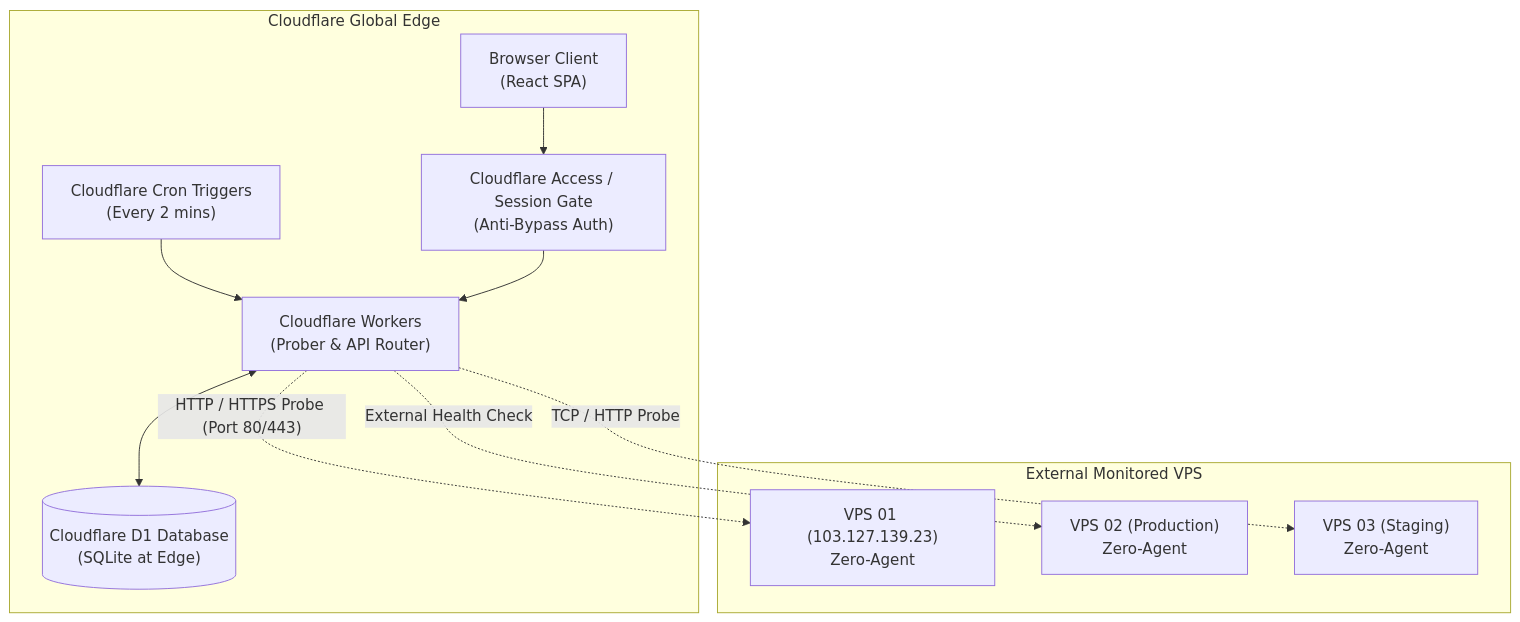
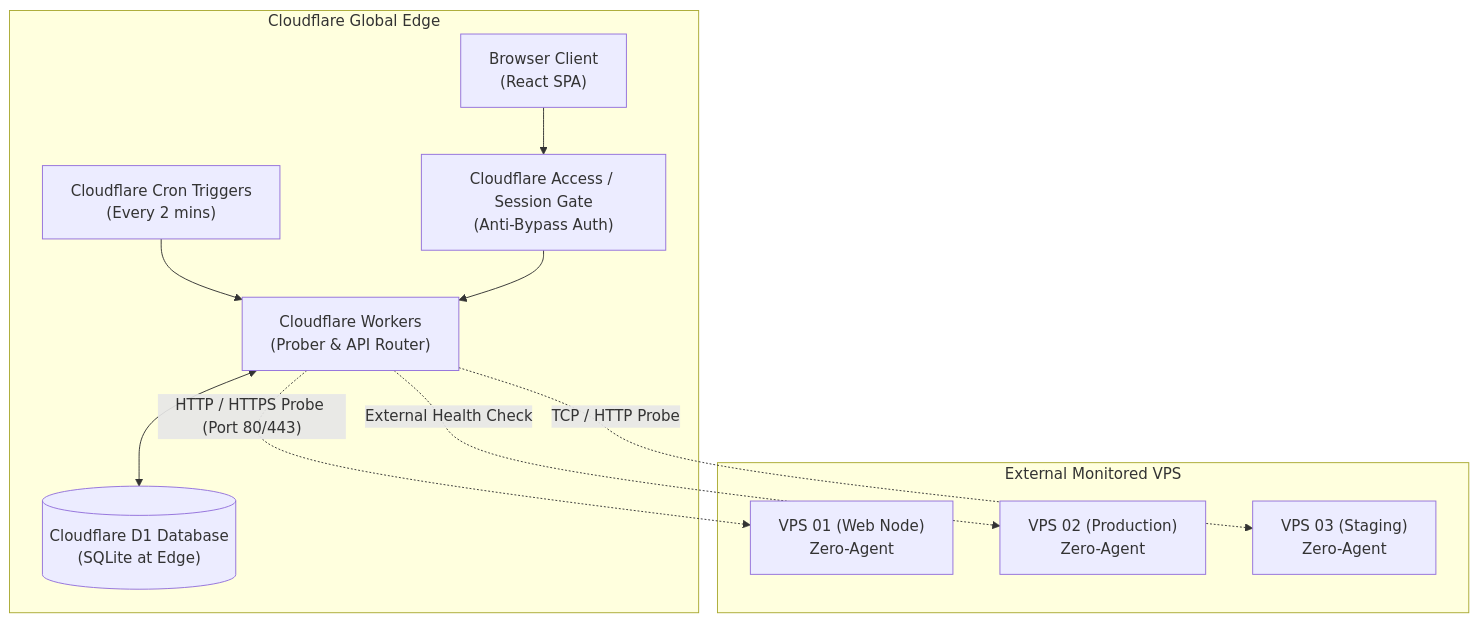
One commit to ryuarnovi/monitoring-dashboard changed the diagram in README.md. Above: the diagram before and after it, drawn with Mermaid. The commit also changed other lines of this file and 13 other files, not shown here.

````diff
--- a/README.md
+++ b/README.md
@@ -61,15 +61,15 @@
 ```mermaid
 flowchart TD
     subgraph Cloudflare Global Edge
         Cron["Cloudflare Cron Triggers\n(Every 2 mins)"] --> Worker["Cloudflare Workers\n(Prober & API Router)"]
         Client["Browser Client\n(React SPA)"] --> Access["Cloudflare Access / Session Gate\n(Anti-Bypass Auth)"]
         Access --> Worker
         Worker <--> D1[("Cloudflare D1 Database\n(SQLite at Edge)")]
     end
 
     subgraph External Monitored VPS
-        Worker -.->|"HTTP / HTTPS Probe (Port 80/443)"| VPS1["VPS 01 (103.127.139.23)\nZero-Agent"]
+        Worker -.->|"HTTP / HTTPS Probe (Port 80/443)"| VPS1["VPS 01 (Web Node)\nZero-Agent"]
         Worker -.->|"External Health Check"| VPS2["VPS 02 (Production)\nZero-Agent"]
         Worker -.->|"TCP / HTTP Probe"| VPS3["VPS 03 (Staging)\nZero-Agent"]
     end
 ```
````
